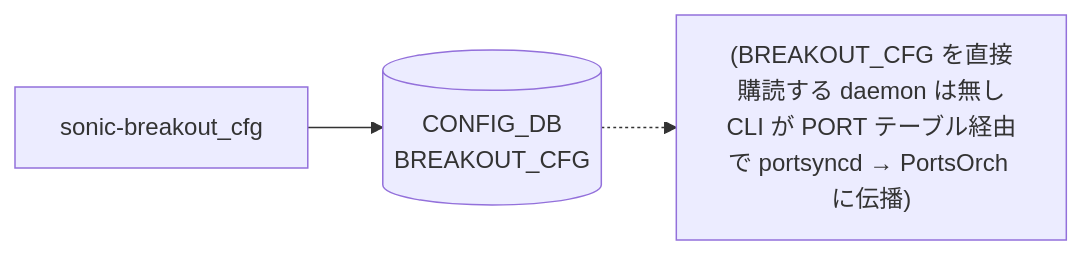
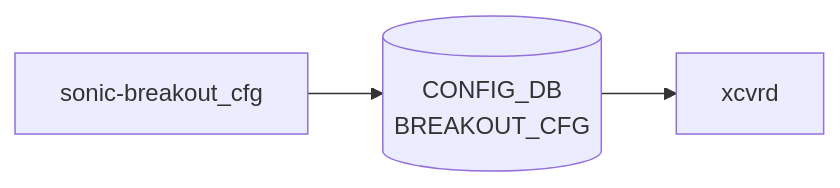
The diagram in docs/reference/yang/sonic-breakout_cfg.md (aoki-taquan/sonic-unofficial-docs), drawn with Mermaid before and after one commit. The commit also changed other lines of this file and 6 other files, not shown here.

````diff
--- a/docs/reference/yang/sonic-breakout_cfg.md
+++ b/docs/reference/yang/sonic-breakout_cfg.md
@@ -33,8 +33,8 @@
 ```mermaid
 flowchart LR
   Y["sonic-breakout_cfg"]
   C1[("CONFIG_DB<br/>BREAKOUT_CFG")]
   Y --> C1
-  D1["(BREAKOUT_CFG を直接購読する daemon は無し<br/>CLI が PORT テーブル経由で portsyncd → PortsOrch に伝播)"]
-  C1 -.-> D1
+  D1["xcvrd"]
+  C1 --> D1
 ```
````
